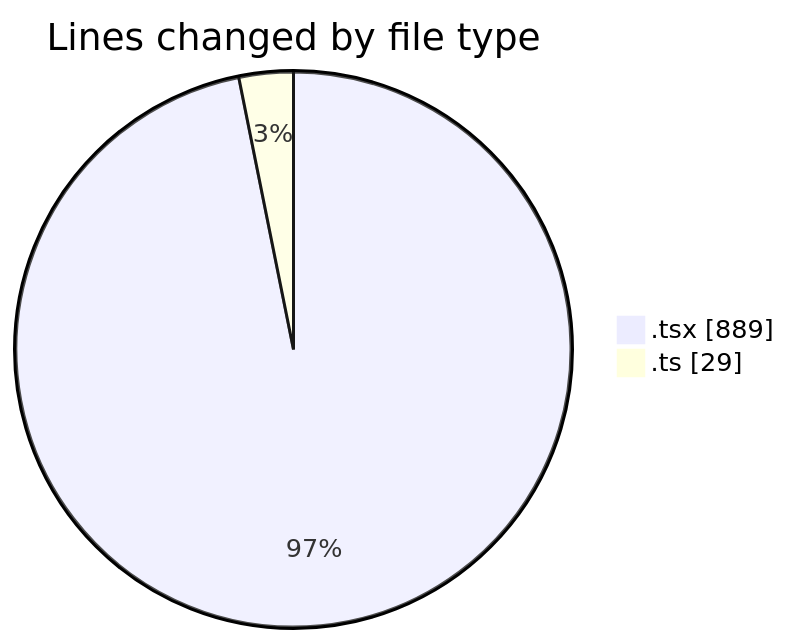
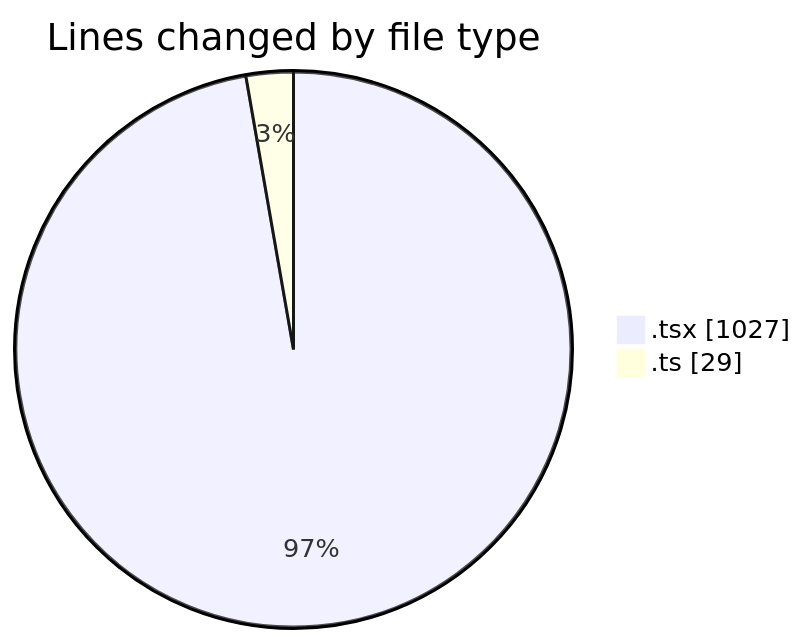
The first of 2 diagrams in 2026-04-07/airfeed-analytics-dashboard/README.md (nxtqubesakshisongat/code-tracking), drawn with Mermaid before and after one commit. The commit also changed other lines of this file and 1 other file, not shown here.

````diff
--- a/2026-04-07/airfeed-analytics-dashboard/README.md
+++ b/2026-04-07/airfeed-analytics-dashboard/README.md
@@ -27,6 +27,6 @@
 ```mermaid
 pie showData
 title Lines changed by file type
-".tsx" : 889
+".tsx" : 1027
 ".ts" : 29
 ```
````
